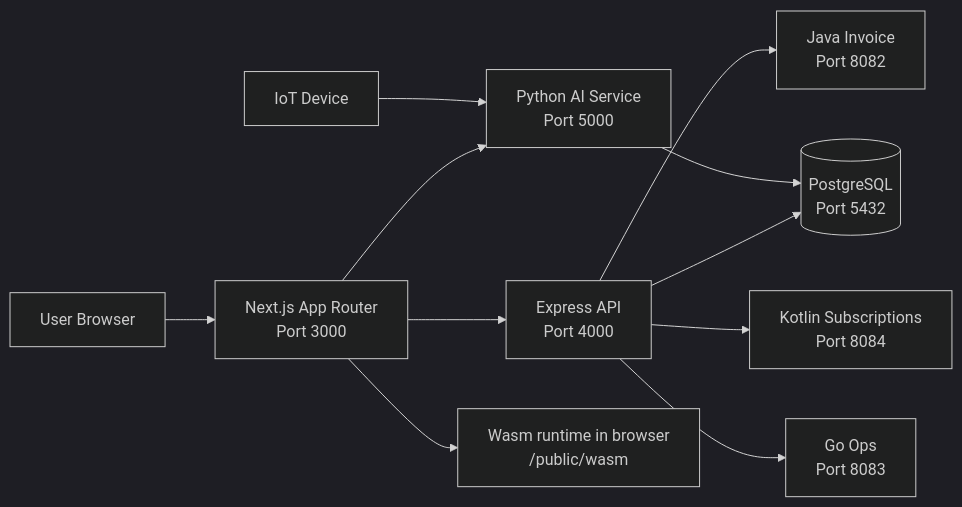
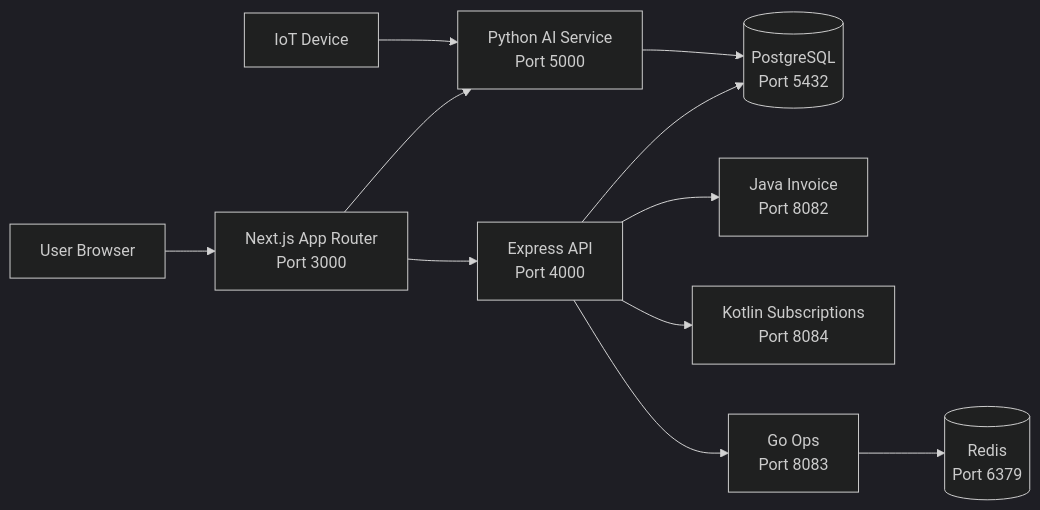
Before and after one commit to DarkShadow1107/filspresso_next: the diagram in docs/uml/system-context-diagram.mmd, drawn with Mermaid (dark theme). The commit also changed 62 other files, not shown here.

```diff
--- a/docs/uml/system-context-diagram.mmd
+++ b/docs/uml/system-context-diagram.mmd
@@ -1,11 +1,11 @@
 flowchart LR
     U[User Browser] --> N[Next.js App Router\nPort 3000]
     N --> E[Express API\nPort 4000]
     N --> P[Python AI Service\nPort 5000]
-    N --> W[Wasm runtime in browser\n/public/wasm]
     E --> D[(PostgreSQL\nPort 5432)]
     E --> J[Java Invoice\nPort 8082]
     E --> K[Kotlin Subscriptions\nPort 8084]
     E --> G[Go Ops\nPort 8083]
+    G --> R[(Redis\nPort 6379)]
     P --> D
     I[IoT Device] --> P
```
